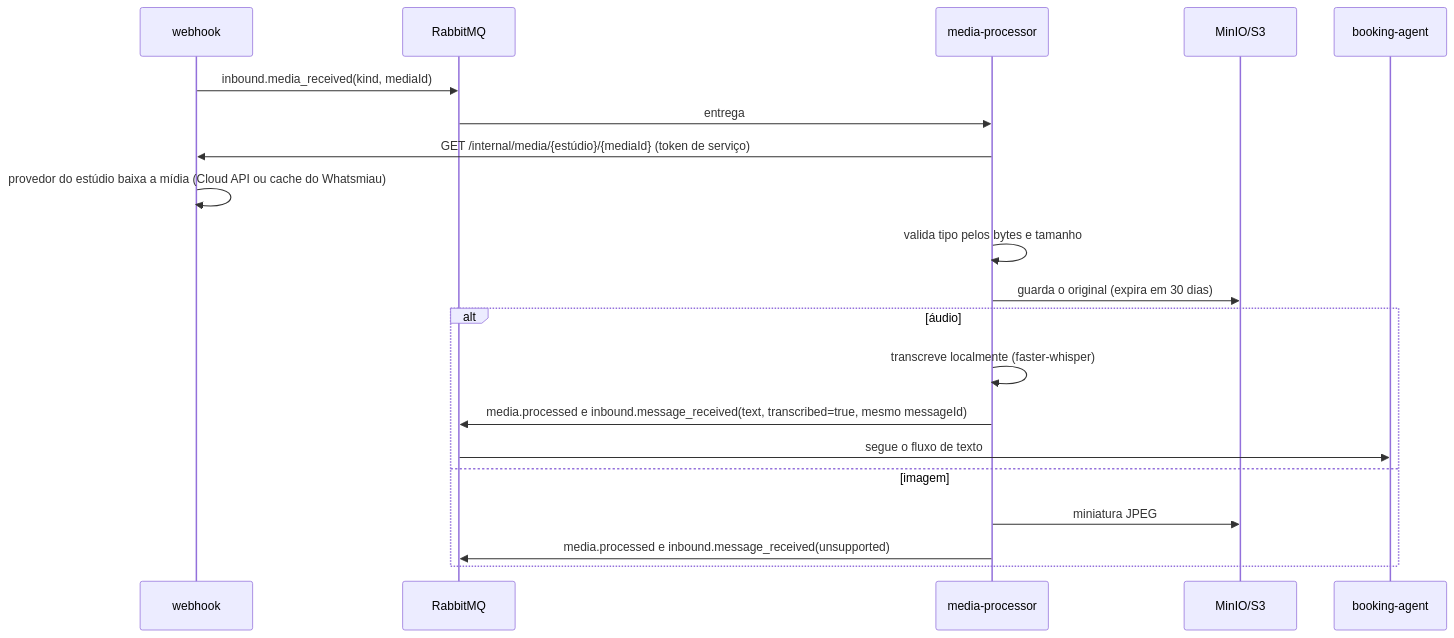
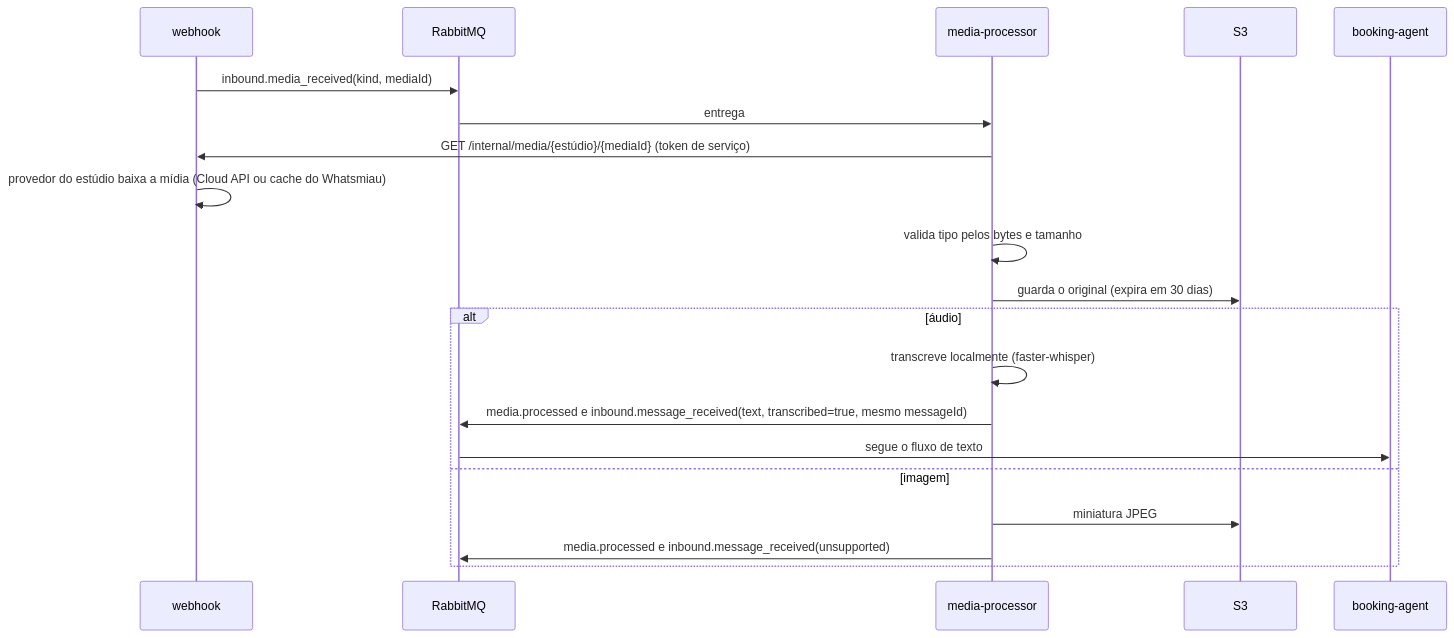
One commit to JohnnyMatteus/whatsapp-booking-agent changed the third of 4 diagrams in docs/design-doc.md. Above: the diagram before and after it, drawn with Mermaid. The commit also changed other lines of this file and 17 other files, not shown here.

````diff
--- a/docs/design-doc.md
+++ b/docs/design-doc.md
@@ -217,22 +217,22 @@
 ```mermaid
 sequenceDiagram
   participant W as webhook
   participant Q as RabbitMQ
   participant P as media-processor
-  participant S as MinIO/S3
+  participant S as S3
   participant B as booking-agent
   W->>Q: inbound.media_received(kind, mediaId)
   Q->>P: entrega
   P->>W: GET /internal/media/{estúdio}/{mediaId} (token de serviço)
   W->>W: provedor do estúdio baixa a mídia (Cloud API ou cache do Whatsmiau)
   P->>P: valida tipo pelos bytes e tamanho
   P->>S: guarda o original (expira em 30 dias)
   alt áudio
     P->>P: transcreve localmente (faster-whisper)
     P->>Q: media.processed e inbound.message_received(text, transcribed=true, mesmo messageId)
     Q->>B: segue o fluxo de texto
   else imagem
     P->>S: miniatura JPEG
     P->>Q: media.processed e inbound.message_received(unsupported)
   end
 ```
````
